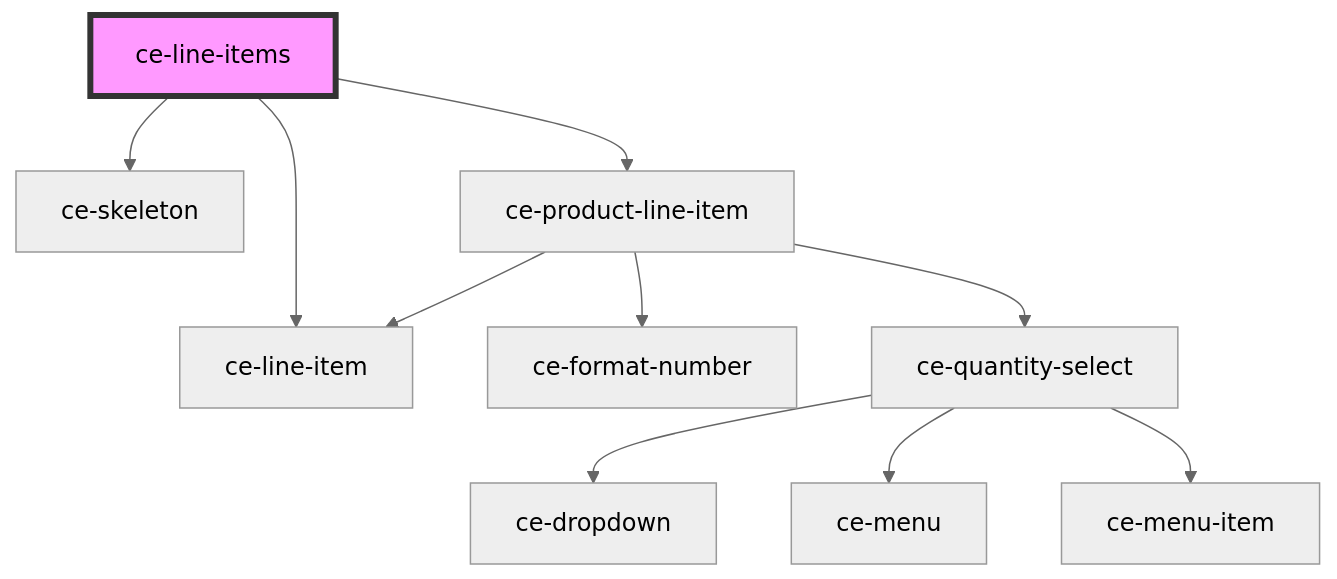
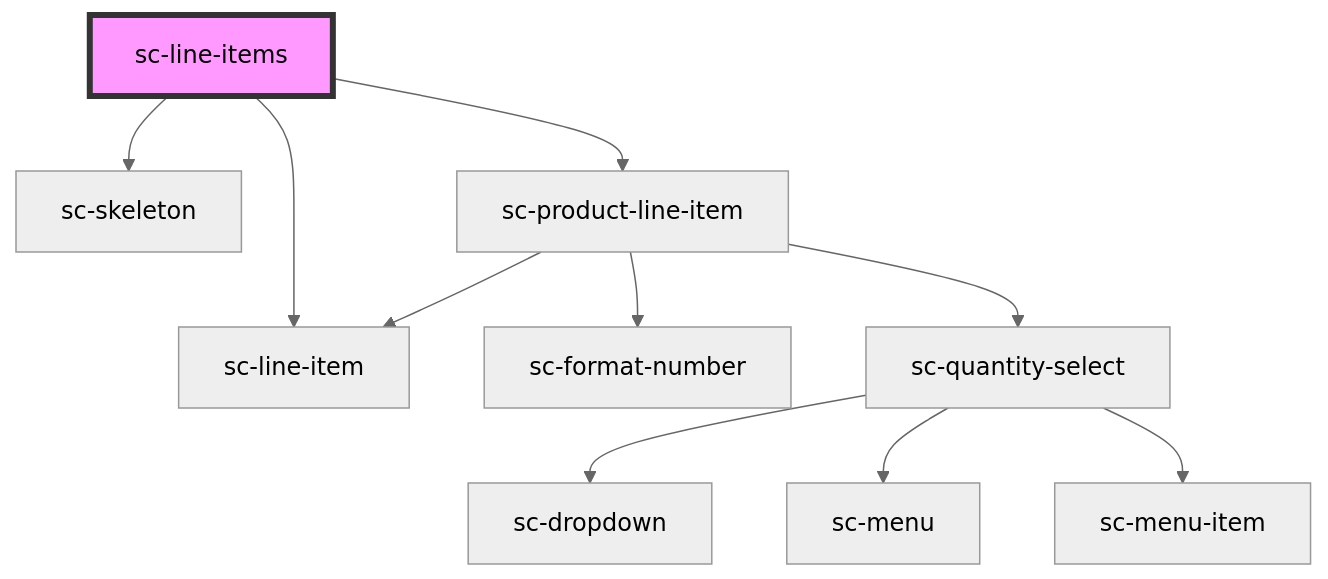
Before and after one commit to surecart/surecart-wp-plugin: the diagram in packages/components/src/components/controllers/checkout-form/line-items/readme.md, drawn with Mermaid (neutral theme). The commit also changed other lines of this file and 1281 other files, not shown here.

````diff
--- a/packages/components/src/components/controllers/checkout-form/line-items/readme.md
+++ b/packages/components/src/components/controllers/checkout-form/line-items/readme.md
@@ -37,13 +37,13 @@
 ```mermaid
 graph TD;
-  ce-line-items --> ce-line-item
-  ce-line-items --> ce-skeleton
-  ce-line-items --> ce-product-line-item
-  ce-product-line-item --> ce-format-number
-  ce-product-line-item --> ce-line-item
-  ce-product-line-item --> ce-quantity-select
-  ce-quantity-select --> ce-dropdown
-  ce-quantity-select --> ce-menu
-  ce-quantity-select --> ce-menu-item
-  style ce-line-items fill:#f9f,stroke:#333,stroke-width:4px
+  sc-line-items --> sc-line-item
+  sc-line-items --> sc-skeleton
+  sc-line-items --> sc-product-line-item
+  sc-product-line-item --> sc-format-number
+  sc-product-line-item --> sc-line-item
+  sc-product-line-item --> sc-quantity-select
+  sc-quantity-select --> sc-dropdown
+  sc-quantity-select --> sc-menu
+  sc-quantity-select --> sc-menu-item
+  style sc-line-items fill:#f9f,stroke:#333,stroke-width:4px
 ```
````
